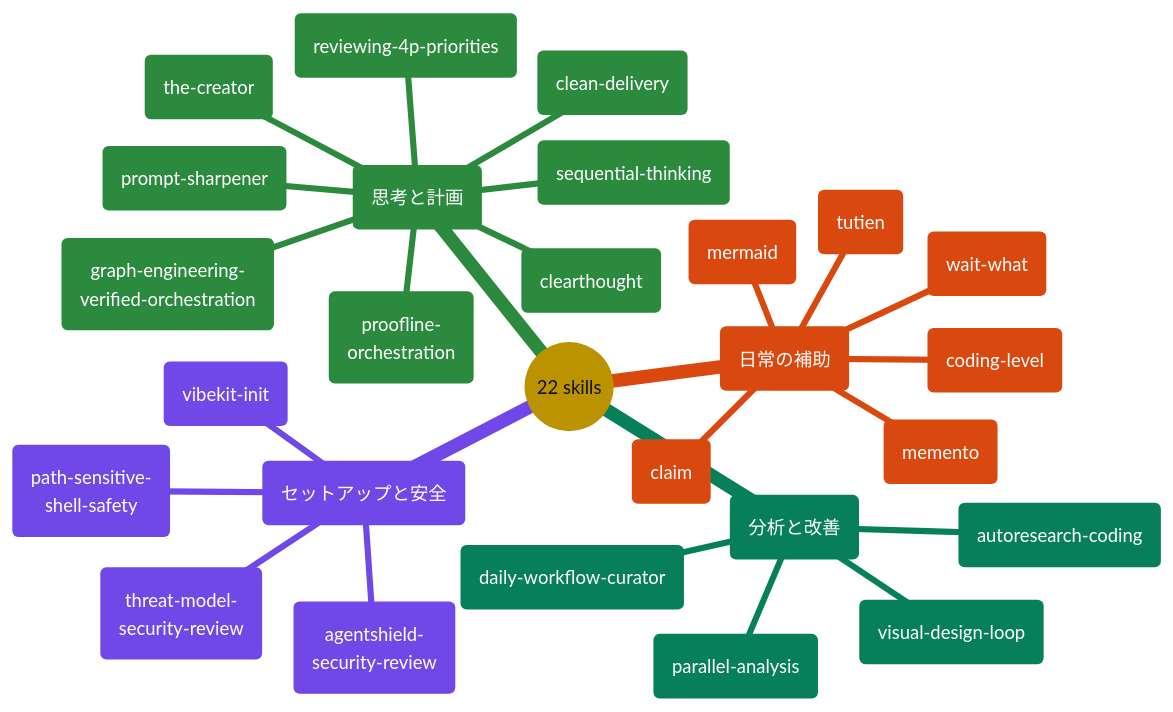
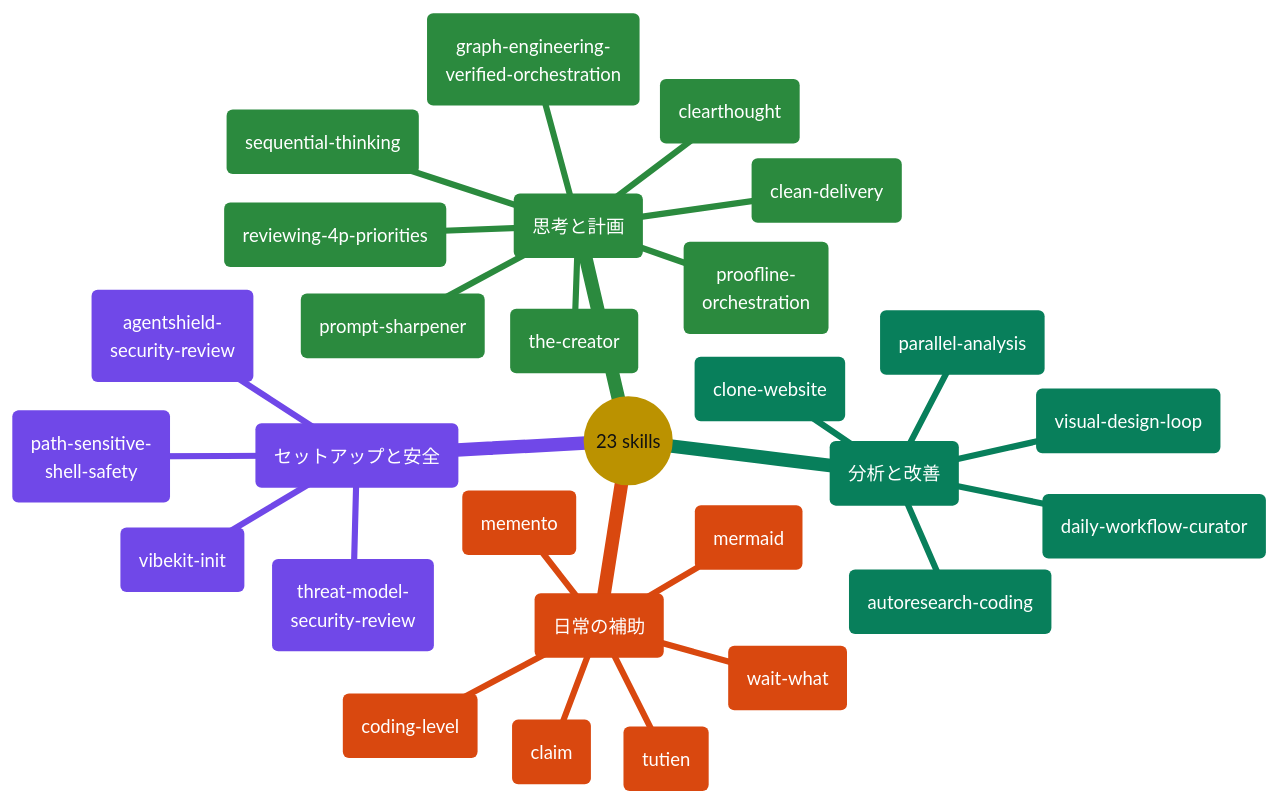
Before and after one commit to giang6283623/minimal-vibe-coding-kit: the fifth of 10 diagrams in docs/README.ja.md, drawn with Mermaid. The commit also changed other lines of this file and 90 other files, not shown here.

Commit message:
add skill clone-website and release v0.5.11

````diff
--- a/docs/README.ja.md
+++ b/docs/README.ja.md
@@ -358,63 +360,64 @@
 ```mermaid
 ---
 config:
   theme: base
   themeCSS: >-
     .mindmap-node:not(.section-root):not(.section--1) text,
     .mindmap-node:not(.section-root):not(.section--1) tspan
     { fill: #FFFFFF !important; }
     .mindmap-node:not(.section-root):not(.section--1) div,
     .mindmap-node:not(.section-root):not(.section--1) span,
     .mindmap-node:not(.section-root):not(.section--1) p
     { color: #FFFFFF !important; }
   themeVariables:
     darkMode: false
     fontFamily: cascadia mono, consolas, noto sans mono, menlo, monospace
     fontSize: 15px
     lineColor: "#888888"
     textColor: "#111111"
     primaryColor: "#FFD43B"
     primaryTextColor: "#111111"
     primaryBorderColor: "#444444"
     cScale0: "#1971C2"
     cScale1: "#7048E8"
     cScale2: "#2B8A3E"
     cScale3: "#087F5B"
     cScale4: "#D9480F"
     cScale5: "#C2255C"
     cScaleLabel0: "#FFFFFF"
     cScaleLabel1: "#FFFFFF"
     cScaleLabel2: "#FFFFFF"
     cScaleLabel3: "#FFFFFF"
     cScaleLabel4: "#FFFFFF"
     cScaleLabel5: "#FFFFFF"
 ---
 mindmap
-  root(("22 skills"))
+  root(("23 skills"))
     setup("セットアップと安全")
       s1("vibekit-init")
       s2("agentshield-<br/>security-review")
       s3("path-sensitive-<br/>shell-safety")
       s4("threat-model-<br/>security-review")
     think("思考と計画")
       t1("clearthought")
       t2("sequential-thinking")
       t3("prompt-sharpener")
       t4("reviewing-4p-priorities")
       t5("graph-engineering-<br/>verified-orchestration")
       t6("the-creator")
       t7("proofline-<br/>orchestration")
       t8("clean-delivery")
     analyze("分析と改善")
       a1("parallel-analysis")
       a2("autoresearch-coding")
       a3("daily-workflow-curator")
       a4("visual-design-loop")
+      a5("clone-website")
     helpers("日常の補助")
       h1("memento")
       h2("coding-level")
       h3("mermaid")
       h4("claim")
       h5("tutien")
       h6("wait-what")
 ```
````
